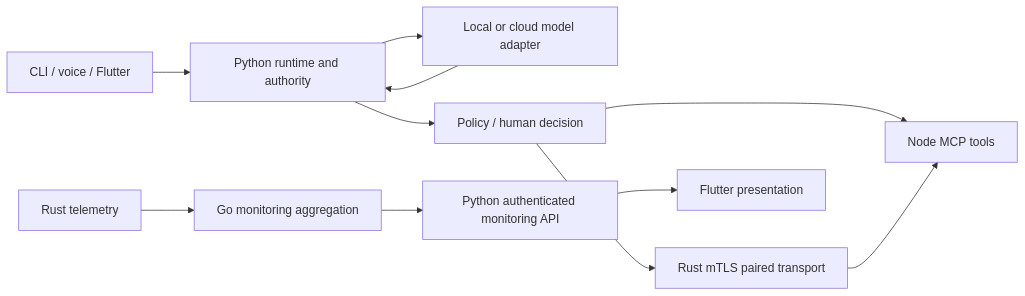
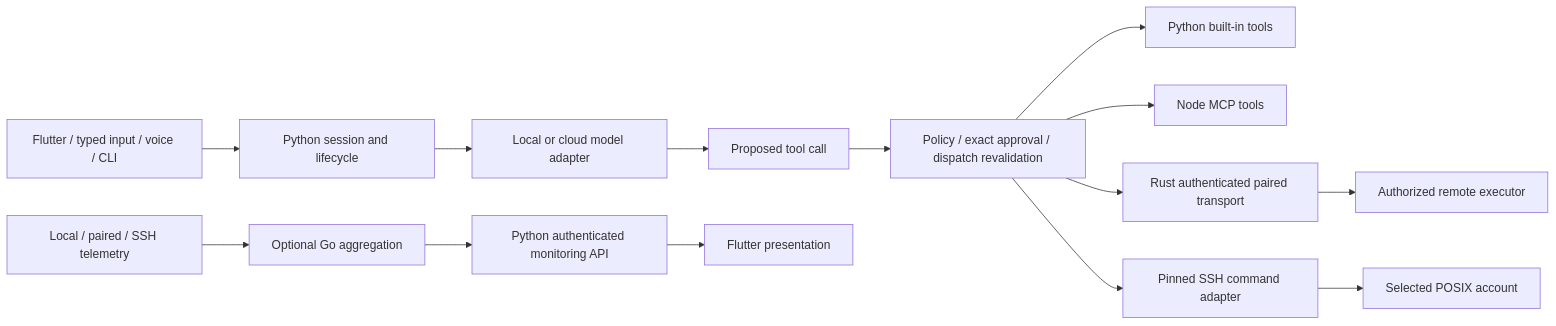
One commit to Tom12017/odessy changed the diagram in docs/ARCHITECTURE.md. Above: the diagram before and after it, drawn with Mermaid. The commit also changed other lines of this file and 17 other files, not shown here.

````diff
--- a/docs/ARCHITECTURE.md
+++ b/docs/ARCHITECTURE.md
@@ -9,13 +18,16 @@
 ```mermaid
 flowchart LR
-  Input[CLI / voice / Flutter] --> Python[Python runtime and authority]
-  Python --> Model[Local or cloud model adapter]
-  Model --> Python
-  Python --> Approval[Policy / human decision]
-  Approval --> MCP[Node MCP tools]
-  Approval --> Rust[Rust mTLS paired transport]
-  Rust --> MCP
-  Telemetry[Rust telemetry] --> Go[Go monitoring aggregation]
+  Input[Flutter / typed input / voice / CLI] --> Service[Python session and lifecycle]
+  Service --> Model[Local or cloud model adapter]
+  Model --> Proposal[Proposed tool call]
+  Proposal --> Gate[Policy / exact approval / dispatch revalidation]
+  Gate --> Builtin[Python built-in tools]
+  Gate --> MCP[Node MCP tools]
+  Gate --> Pair[Rust authenticated paired transport]
+  Pair --> Remote[Authorized remote executor]
+  Gate --> SSH[Pinned SSH command adapter]
+  SSH --> POSIX[Selected POSIX account]
+  Telemetry[Local / paired / SSH telemetry] --> Go[Optional Go aggregation]
   Go --> API[Python authenticated monitoring API]
   API --> Flutter[Flutter presentation]
 ```
````
